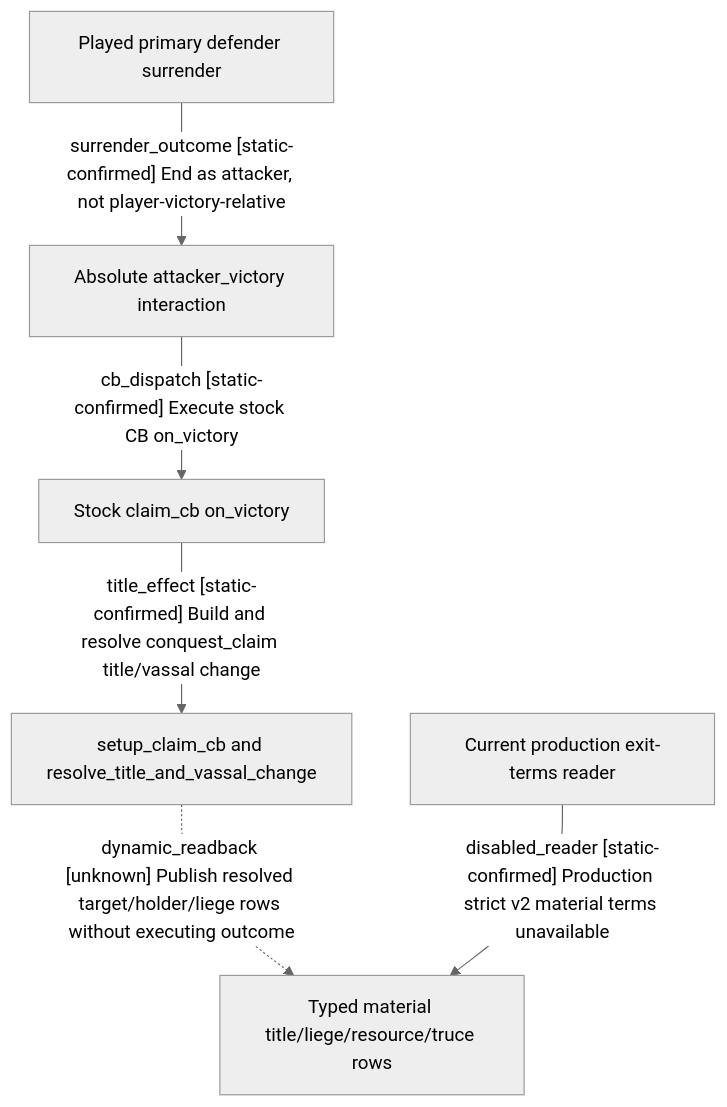
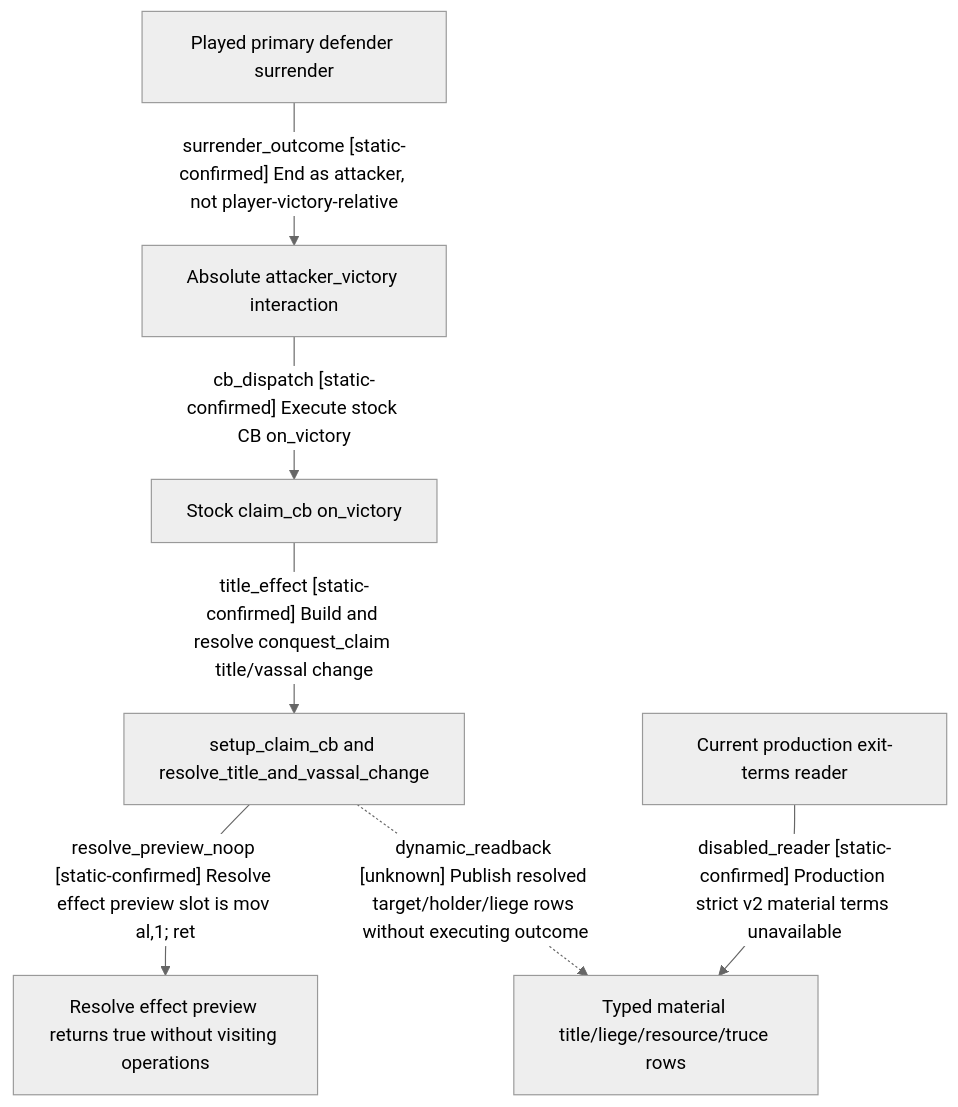
One commit to XenoAmess/ck3_eternal_recurrence changed the diagram in docs/ck3-native-ai/research/war-r0118-defender-surrender-terms-graph.md. Above: the diagram before and after it, drawn with Mermaid (neutral theme). The commit also changed other lines of this file and 4 other files, not shown here.

````diff
--- a/docs/ck3-native-ai/research/war-r0118-defender-surrender-terms-graph.md
+++ b/docs/ck3-native-ai/research/war-r0118-defender-surrender-terms-graph.md
@@ -7,14 +7,16 @@
 ```mermaid
 flowchart TD
     n0["Played primary defender surrender"]
     n1["Absolute attacker_victory interaction"]
     n2["Stock claim_cb on_victory"]
     n3["setup_claim_cb and resolve_title_and_vassal_change"]
-    n4["Typed material title/liege/resource/truce rows"]
-    n5["Current production exit-terms reader"]
+    n4["Resolve effect preview returns true without visiting operations"]
+    n5["Typed material title/liege/resource/truce rows"]
+    n6["Current production exit-terms reader"]
     n0 -->|"surrender_outcome [static-confirmed] End as attacker, not player-victory-relative"| n1
     n1 -->|"cb_dispatch [static-confirmed] Execute stock CB on_victory"| n2
     n2 -->|"title_effect [static-confirmed] Build and resolve conquest_claim title/vassal change"| n3
-    n3 -. "dynamic_readback [unknown] Publish resolved target/holder/liege rows without executing outcome" .-> n4
-    n5 -->|"disabled_reader [static-confirmed] Production strict v2 material terms unavailable"| n4
+    n3 -->|"resolve_preview_noop [static-confirmed] Resolve effect preview slot is mov al,1; ret"| n4
+    n3 -. "dynamic_readback [unknown] Publish resolved target/holder/liege rows without executing outcome" .-> n5
+    n6 -->|"disabled_reader [static-confirmed] Production strict v2 material terms unavailable"| n5
 ```
````
